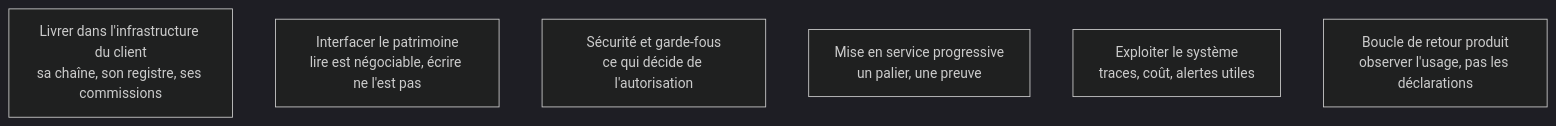
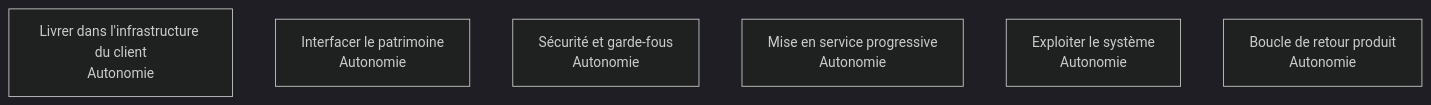
Before and after one commit to floSa/Atlas-Metiers-Roadmaps: the diagram in content/parcours/forward-deployed-engineer/industrialisation/index.md, drawn with Mermaid (dark theme). The commit also changed 6 other files, not shown here.

````diff
--- a/content/parcours/forward-deployed-engineer/industrialisation/index.md
+++ b/content/parcours/forward-deployed-engineer/industrialisation/index.md
@@ -11,16 +11,16 @@
 ```mermaid
 flowchart TD
-  L["Livrer dans l'infrastructure du client<br/>sa chaîne, son registre, ses commissions"]
-  I["Interfacer le patrimoine<br/>lire est négociable, écrire ne l'est pas"]
-  S["Sécurité et garde-fous<br/>ce qui décide de l'autorisation"]
-  M["Mise en service progressive<br/>un palier, une preuve"]
-  E["Exploiter le système<br/>traces, coût, alertes utiles"]
-  B["Boucle de retour produit<br/>observer l'usage, pas les déclarations"]
+  L["Livrer dans l'infrastructure du client<br/>Autonomie"]
+  I["Interfacer le patrimoine<br/>Autonomie"]
+  S["Sécurité et garde-fous<br/>Autonomie"]
+  M["Mise en service progressive<br/>Autonomie"]
+  E["Exploiter le système<br/>Autonomie"]
+  B["Boucle de retour produit<br/>Autonomie"]
 
   click L "/parcours/forward-deployed-engineer/industrialisation/livrer-dans-l-infrastructure-du-client"
   click I "/parcours/forward-deployed-engineer/industrialisation/interfacer-le-patrimoine"
   click S "/parcours/forward-deployed-engineer/industrialisation/securite-et-garde-fous"
   click M "/parcours/forward-deployed-engineer/industrialisation/mise-en-service-progressive"
   click E "/parcours/forward-deployed-engineer/industrialisation/exploiter-le-systeme"
   click B "/parcours/forward-deployed-engineer/industrialisation/boucle-de-retour-produit"
 ```
````
